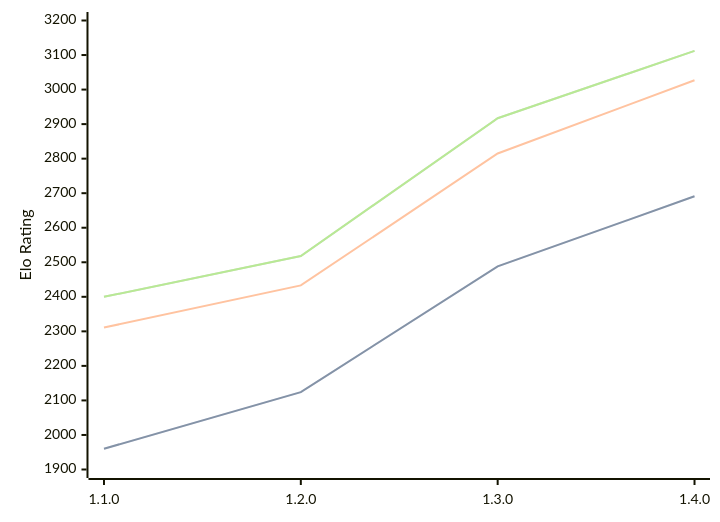
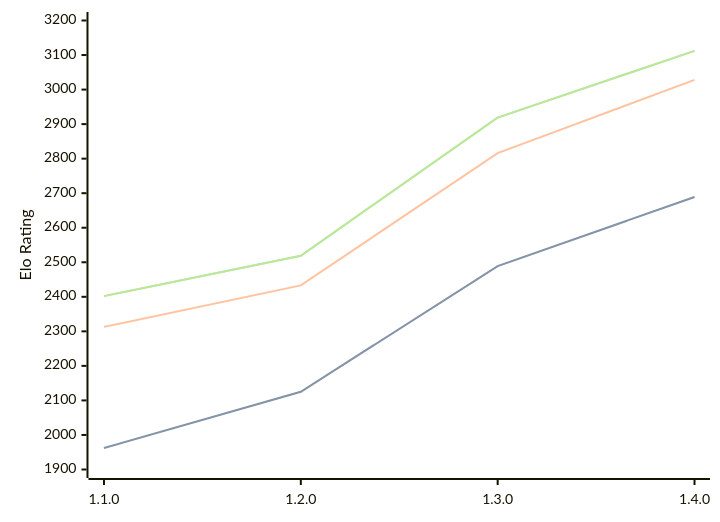
One commit to computer-chess-index/cci changed the diagram in engines/Gyatso.md. Above: the diagram before and after it, drawn with Mermaid. The commit also changed other lines of this file, not shown here.

Commit message:
Update CCI Ratings (ELO VLTC) - 2026-08-26

````diff
--- a/engines/Gyatso.md
+++ b/engines/Gyatso.md
@@ -36,11 +36,11 @@
 ```mermaid
 %%{init: {"theme":"base","themeVariables":{"seriesColors:['#a3a3a3','#222221','#faa371']}}}%%
 xychart-beta
   x-axis ["1.1.0", "1.2.0", "1.3.0", "1.4.0"]
   y-axis "Elo Rating" 1900 --> 3200
-  line "STC (8.0+0.08s)" [1960, 2124, 2488, 2691]
-  line "STC (8.0+0.08s)" [1960, 2124, 2488, 2691]
-  line "LTC (60.0+0.60s)" [2311, 2433, 2815, 3027]
-  line "VLTC (2m24s+1.12s)" [2400, 2518, 2917, 3112]
-  line "VLTC (2m24s+1.12s)" [2400, 2518, 2917, 3112]
+  line "STC (8.0+0.08s)" [1962, 2125, 2489, 2689]
+  line "STC (8.0+0.08s)" [1962, 2125, 2489, 2689]
+  line "LTC (60.0+0.60s)" [2313, 2433, 2816, 3028]
+  line "VLTC (2m24s+1.12s)" [2402, 2519, 2919, 3112]
+  line "VLTC (2m24s+1.12s)" [2402, 2519, 2919, 3112]
 ```
````
